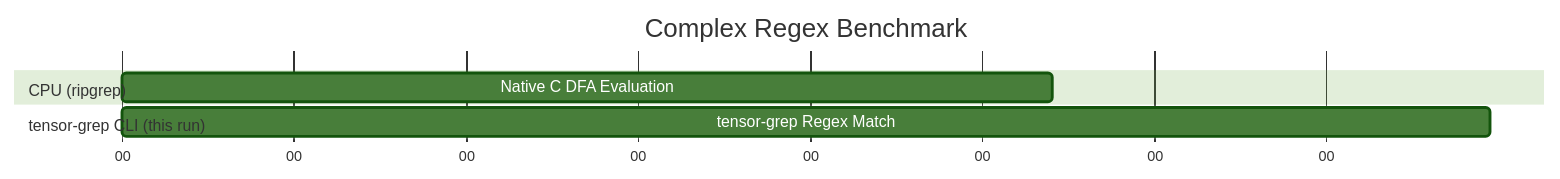
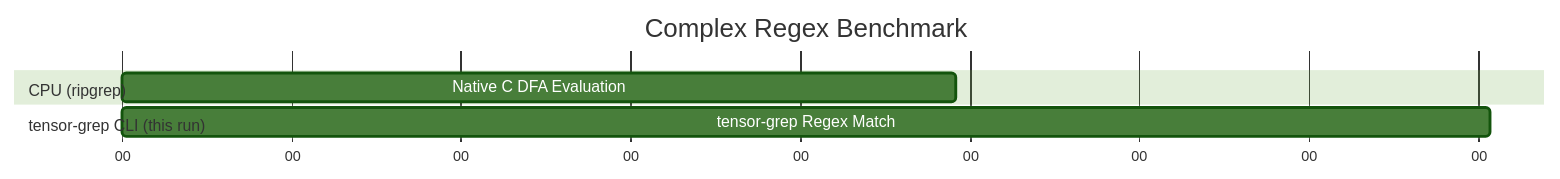
Before and after one commit to oimiragieo/tensor-grep: the second of 3 diagrams in docs/PAPER.md, drawn with Mermaid (forest theme). The commit also changed other lines of this file and 9 other files, not shown here.

````diff
--- a/docs/PAPER.md
+++ b/docs/PAPER.md
@@ -102,12 +102,12 @@
 ```mermaid
 gantt
     title Complex Regex Benchmark
     dateFormat  s
     axisFormat %S
     
     section CPU (ripgrep)
-    Native C DFA Evaluation :a1, 0, 0.541s
+    Native C DFA Evaluation :a1, 0, 0.492s
     
     section tensor-grep CLI (this run)
-    tensor-grep Regex Match :a2, 0, 0.795s
+    tensor-grep Regex Match :a2, 0, 0.807s
 ```
````
